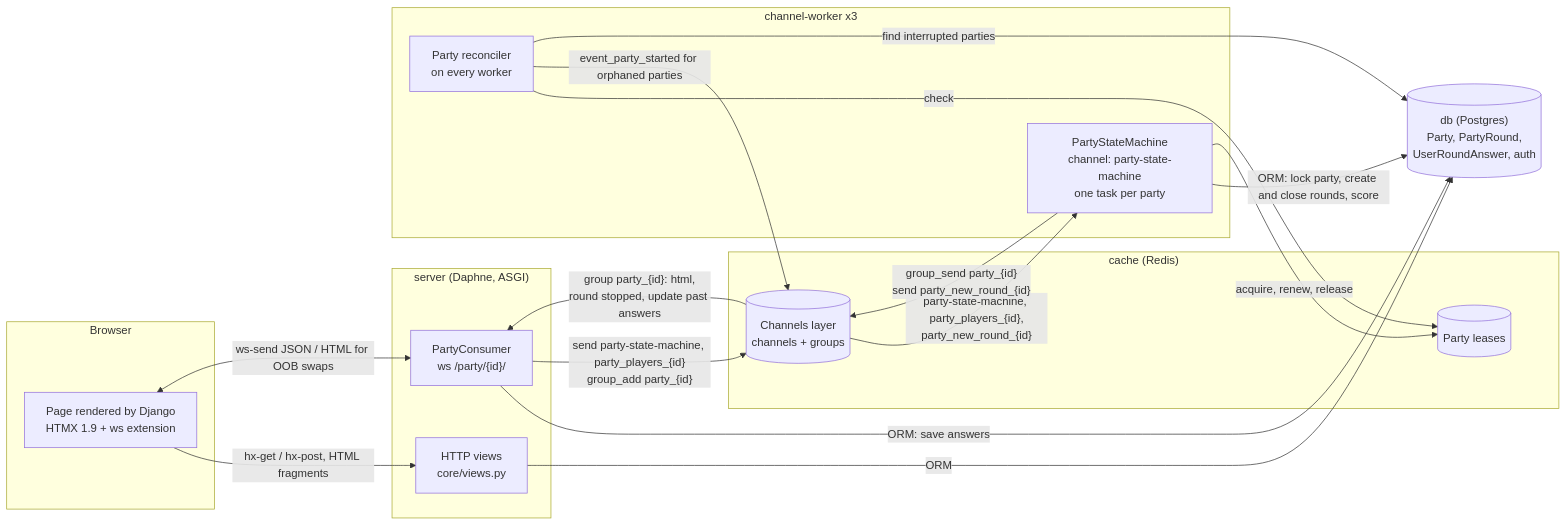
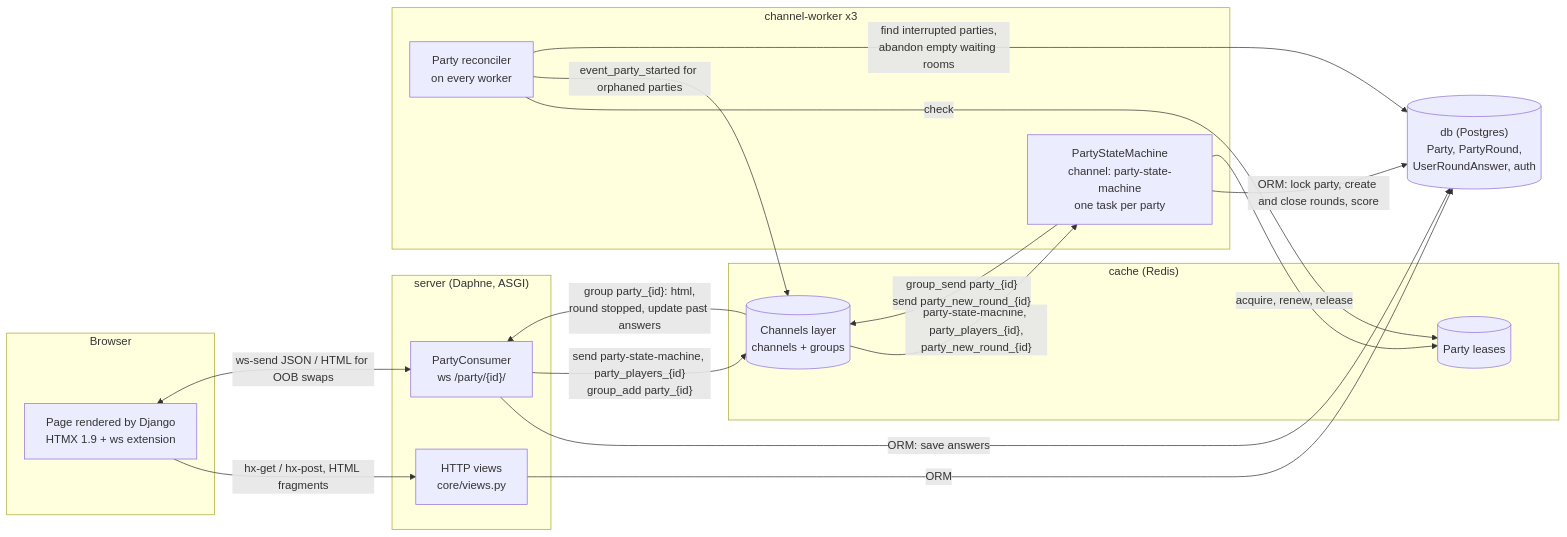
Before and after one commit to DanielGnzlzVll/AACX: the first of 5 diagrams in docs/architecture.md, drawn with Mermaid. The commit also changed other lines of this file and 14 other files, not shown here.

First line of the commit message:
AACX-83: abandon waiting rooms that stay empty (#91)

````diff
--- a/docs/architecture.md
+++ b/docs/architecture.md
@@ -39,37 +39,37 @@
 ```mermaid
 flowchart LR
     subgraph Browser
         page["Page rendered by Django<br/>HTMX 1.9 + ws extension"]
     end
 
     subgraph server["server (Daphne, ASGI)"]
         views["HTTP views<br/>core/views.py"]
         consumer["PartyConsumer<br/>ws /party/{id}/"]
     end
 
     subgraph redis["cache (Redis)"]
         layer[("Channels layer<br/>channels + groups")]
         leases[("Party leases")]
     end
 
     subgraph workers["channel-worker x3"]
         sm["PartyStateMachine<br/>channel: party-state-machine<br/>one task per party"]
         reconciler["Party reconciler<br/>on every worker"]
     end
 
     db[("db (Postgres)<br/>Party, PartyRound,<br/>UserRoundAnswer, auth")]
 
     page -->|"hx-get / hx-post, HTML fragments"| views
     page <-->|"ws-send JSON / HTML for OOB swaps"| consumer
     views -->|ORM| db
     consumer -->|"ORM: save answers"| db
     consumer -->|"send party-state-machine, party_players_{id}<br/>group_add party_{id}"| layer
     layer -->|"group party_{id}: html,<br/>round stopped, update past answers"| consumer
     layer -->|"party-state-machine, party_players_{id},<br/>party_new_round_{id}"| sm
     sm -->|"group_send party_{id}<br/>send party_new_round_{id}"| layer
     sm -->|"ORM: lock party, create and close rounds, score"| db
     sm -->|"acquire, renew, release"| leases
     reconciler -->|"check"| leases
     reconciler -->|"event_party_started for orphaned parties"| layer
-    reconciler -->|"find interrupted parties"| db
+    reconciler -->|"find interrupted parties,<br/>abandon empty waiting rooms"| db
 ```
````
